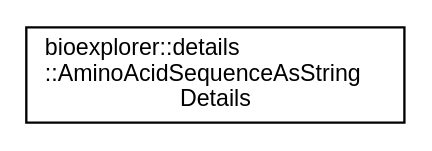
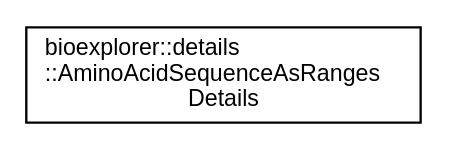
One commit to BlueBrain/BioExplorer changed the diagram in docs/inherit_graph_15.dot. Above: the diagram before and after it, drawn with Graphviz. The commit also changed 377 other files, not shown here.

```diff
--- a/docs/inherit_graph_15.dot
+++ b/docs/inherit_graph_15.dot
@@ -1,8 +1,8 @@
 digraph "Graphical Class Hierarchy"
 {
  // LATEX_PDF_SIZE
   edge [fontname="Helvetica",fontsize="10",labelfontname="Helvetica",labelfontsize="10"];
   node [fontname="Helvetica",fontsize="10",shape=record];
   rankdir="LR";
-  Node0 [label="bioexplorer::details\l::AminoAcidSequenceAsString\lDetails",height=0.2,width=0.4,color="black", fillcolor="white", style="filled",URL="$d8/d02/structbioexplorer_1_1details_1_1AminoAcidSequenceAsStringDetails.html",tooltip="Structure defining a selection of amino acids on a protein of an assembly. The selection is defined a..."];
+  Node0 [label="bioexplorer::details\l::AminoAcidSequenceAsRanges\lDetails",height=0.2,width=0.4,color="black", fillcolor="white", style="filled",URL="$db/de5/structbioexplorer_1_1details_1_1AminoAcidSequenceAsRangesDetails.html",tooltip="Structure defining a selection of amino acids on a protein of an assembly. The selection is defined a..."];
 }
```
